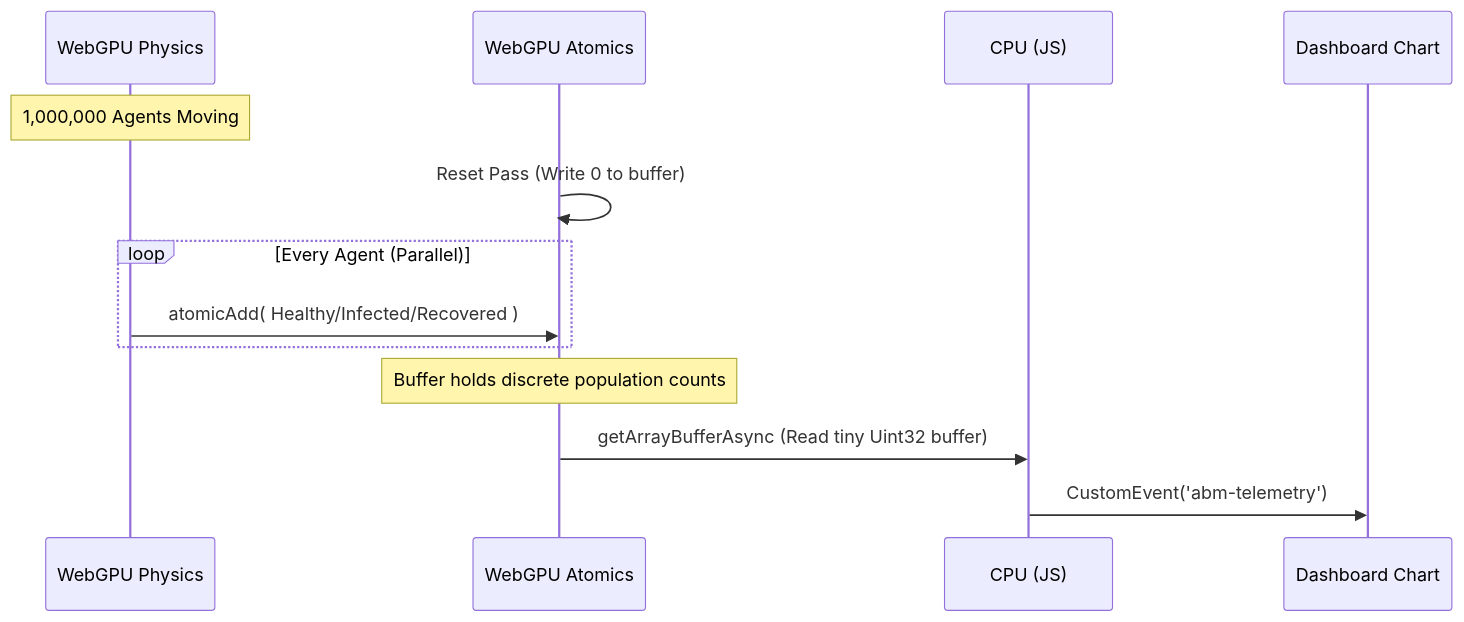
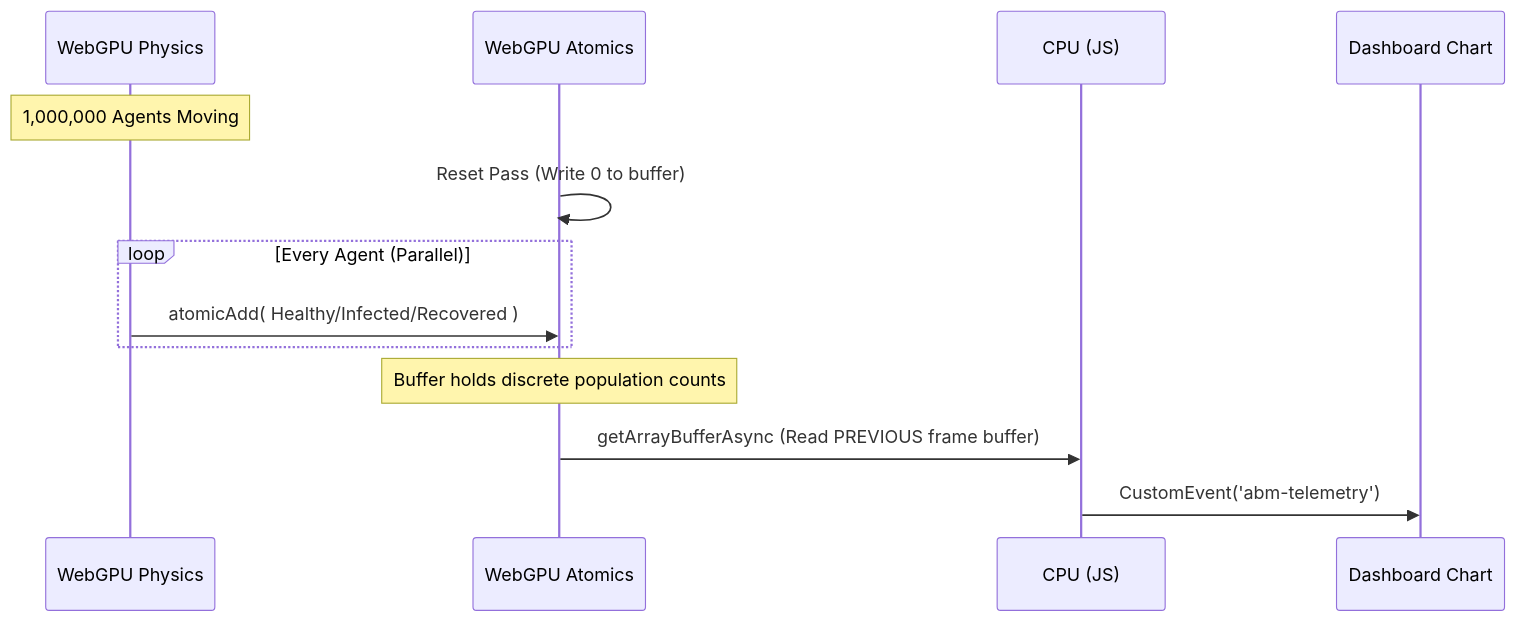
One commit to kai-erlenbusch/abm.gl changed the diagram in README.md. Above: the diagram before and after it, drawn with Mermaid. The commit also changed other lines of this file and 4 other files, not shown here.

````diff
--- a/README.md
+++ b/README.md
@@ -53,16 +59,16 @@
 ```mermaid
 sequenceDiagram
     participant WebGPU Physics
     participant WebGPU Atomics
     participant CPU (JS)
     participant Dashboard Chart
     
     Note over WebGPU Physics: 1,000,000 Agents Moving
     WebGPU Atomics->>WebGPU Atomics: Reset Pass (Write 0 to buffer)
     loop Every Agent (Parallel)
         WebGPU Physics->>WebGPU Atomics: atomicAdd( Healthy/Infected/Recovered )
     end
     Note over WebGPU Atomics: Buffer holds discrete population counts
-    WebGPU Atomics->>CPU (JS): getArrayBufferAsync (Read tiny Uint32 buffer)
+    WebGPU Atomics->>CPU (JS): getArrayBufferAsync (Read PREVIOUS frame buffer)
     CPU (JS)->>Dashboard Chart: CustomEvent('abm-telemetry')
 ```
````
